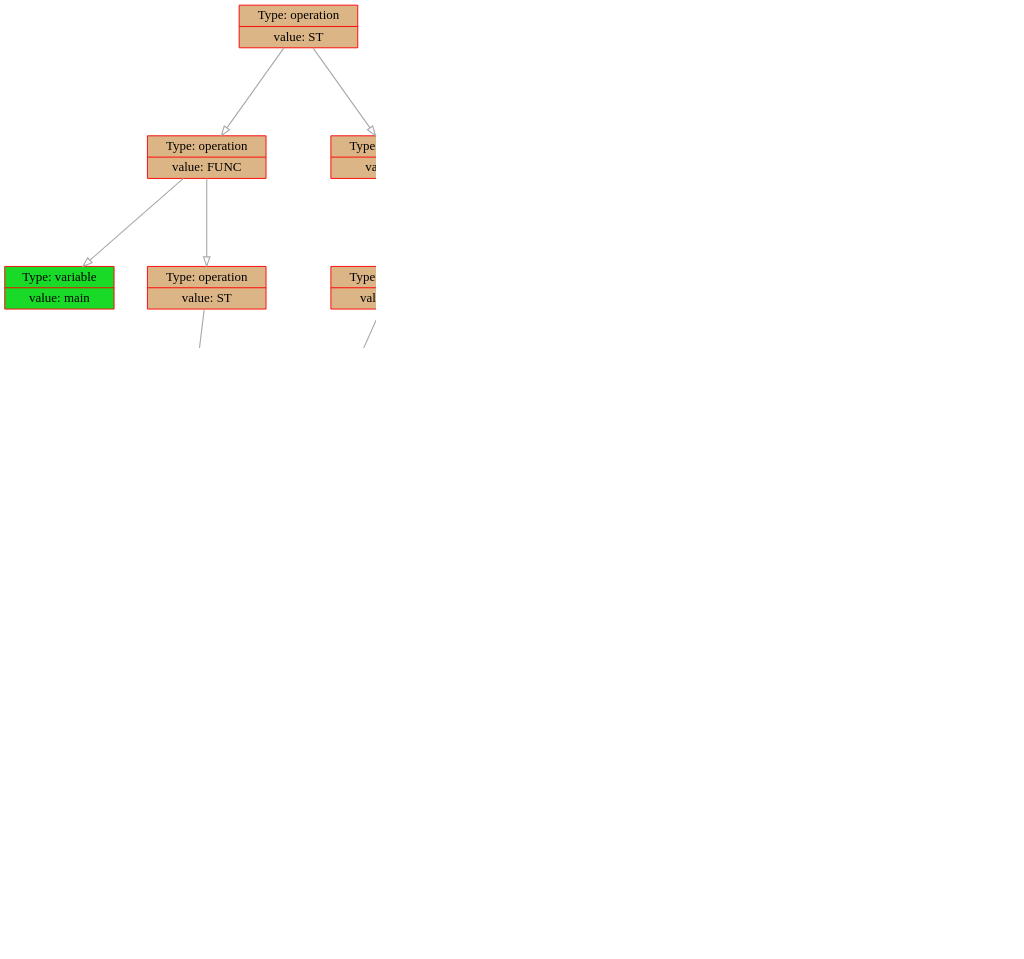
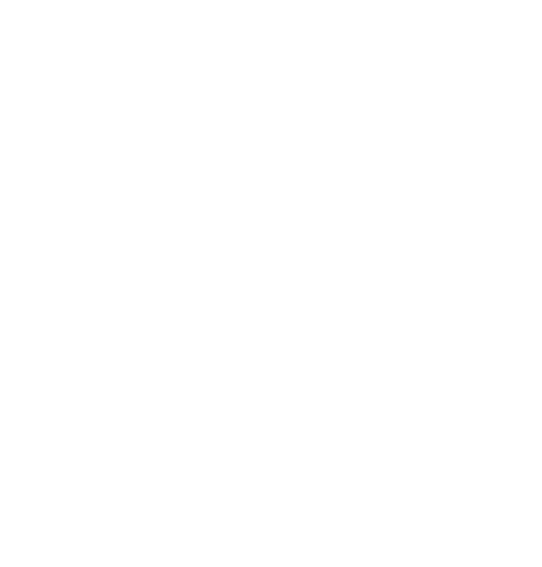
The diagram in frontend/data/graph.dot (dodokek/ProgrammingLanguage), drawn with Graphviz before and after one commit. The commit also changed 9 other files, not shown here.

```diff
--- a/frontend/data/graph.dot
+++ b/frontend/data/graph.dot
@@ -1,79 +1,40 @@
 
     digraph g {
         dpi      = 200;
         fontname = "Comic Sans MS";
         fontsize = 20;
         rankdir   =  TB;
         edge [color = darkgrey, arrowhead = onormal, arrowsize = 1, penwidth = 1.2]
         graph[fillcolor = lightgreen, ranksep = 1.3, nodesep = 0.5,
         style = "rounded, filled",color = green, penwidth = 2]
 
-    Node000002667b0a8450[shape=record, width=0.2, style="filled", color="red", fillcolor="#DBB585",label=" {Type: operation | value: ST}"] 
+    Node000002822eff7900[shape=record, width=0.2, style="filled", color="red", fillcolor="#DBB585",label=" {Type: operation | value: ST}"] 
  
-Node000002667b0a7640[shape=record, width=0.2, style="filled", color="red", fillcolor="#DBB585",label=" {Type: operation | value: FUNC}"] 
+Node000002822eff78d0[shape=record, width=0.2, style="filled", color="red", fillcolor="#DBB585",label=" {Type: operation | value: IF}"] 
  
-Node000002667b0a75b0[shape=record, width=0.2, style="filled", color="red", fillcolor="#19DB27",label=" {Type: variable | value: main}"] 
+Node000002822eff77b0[shape=record, width=0.2, style="filled", color="red", fillcolor="#DBB585",label=" {Type: operation | value: IS_EE}"] 
  
-Node000002667b0a7610[shape=record, width=0.2, style="filled", color="red", fillcolor="#DBB585",label=" {Type: operation | value: ST}"] 
+Node000002822eff75b0[shape=record, width=0.2, style="filled", color="red", fillcolor="#DB8E21",label=" {Type: number | value: 2}"] 
  
-Node000002667b0a75e0[shape=record, width=0.2, style="filled", color="red", fillcolor="#DB8E21",label=" {Type: number | value: 2}"] 
+Node000002822eff75e0[shape=record, width=0.2, style="filled", color="red", fillcolor="#DB8E21",label=" {Type: number | value: 2}"] 
  
-Node000002667b0a83f0[shape=record, width=0.2, style="filled", color="red", fillcolor="#DBB585",label=" {Type: operation | value: ST}"] 
+Node000002822eff78a0[shape=record, width=0.2, style="filled", color="red", fillcolor="#DBB585",label=" {Type: operation | value: ELSE}"] 
  
-Node000002667b0a8070[shape=record, width=0.2, style="filled", color="red", fillcolor="#DBB585",label=" {Type: operation | value: VAR}"] 
+Node000002822eff7810[shape=record, width=0.2, style="filled", color="red", fillcolor="#DBB585",label=" {Type: operation | value: ST}"] 
  
-Node000002667b0a8010[shape=record, width=0.2, style="filled", color="red", fillcolor="#19DB27",label=" {Type: variable | value: Y}"] 
+Node000002822eff77e0[shape=record, width=0.2, style="filled", color="red", fillcolor="#DB8E21",label=" {Type: number | value: 2}"] 
  
-Node000002667b0a8040[shape=record, width=0.2, style="filled", color="red", fillcolor="#DB8E21",label=" {Type: number | value: 20}"] 
+Node000002822eff7870[shape=record, width=0.2, style="filled", color="red", fillcolor="#DBB585",label=" {Type: operation | value: ST}"] 
  
-Node000002667b0a83c0[shape=record, width=0.2, style="filled", color="red", fillcolor="#DBB585",label=" {Type: operation | value: ST}"] 
+Node000002822eff7840[shape=record, width=0.2, style="filled", color="red", fillcolor="#DB8E21",label=" {Type: number | value: 3}"] 
  
-Node000002667b0a8420[shape=record, width=0.2, style="filled", color="red", fillcolor="#DBB585",label=" {Type: operation | value: IF}"] 
- 
-Node000002667b0a8180[shape=record, width=0.2, style="filled", color="red", fillcolor="#DBB585",label=" {Type: operation | value: ADD}"] 
- 
-Node000002667b0a80a0[shape=record, width=0.2, style="filled", color="red", fillcolor="#DB8E21",label=" {Type: number | value: 2}"] 
- 
-Node000002667b0a8150[shape=record, width=0.2, style="filled", color="red", fillcolor="#DB8E21",label=" {Type: number | value: 2}"] 
- 
-Node000002667b0a8120[shape=record, width=0.2, style="filled", color="red", fillcolor="#DBB585",label=" {Type: operation | value: ELSE}"] 
- 
-Node000002667b0a8360[shape=record, width=0.2, style="filled", color="red", fillcolor="#DBB585",label=" {Type: operation | value: ST}"] 
- 
-Node000002667b0a8390[shape=record, width=0.2, style="filled", color="red", fillcolor="#DBB585",label=" {Type: operation | value: VAR}"] 
- 
-Node000002667b0a8480[shape=record, width=0.2, style="filled", color="red", fillcolor="#19DB27",label=" {Type: variable | value: Y}"] 
- 
-Node000002667b0a81b0[shape=record, width=0.2, style="filled", color="red", fillcolor="#DB8E21",label=" {Type: number | value: 2}"] 
- 
-Node000002667b0a8210[shape=record, width=0.2, style="filled", color="red", fillcolor="#DBB585",label=" {Type: operation | value: ST}"] 
- 
-Node000002667b0a8330[shape=record, width=0.2, style="filled", color="red", fillcolor="#DBB585",label=" {Type: operation | value: VAR}"] 
- 
-Node000002667b0a81e0[shape=record, width=0.2, style="filled", color="red", fillcolor="#19DB27",label=" {Type: variable | value: Y}"] 
- 
-Node000002667b0a8240[shape=record, width=0.2, style="filled", color="red", fillcolor="#DB8E21",label=" {Type: number | value: 2}"] 
- 
-Node000002667b0a8450->Node000002667b0a7640
-Node000002667b0a7640->Node000002667b0a75b0
-Node000002667b0a7640->Node000002667b0a7610
-Node000002667b0a7610->Node000002667b0a75e0
-Node000002667b0a8450->Node000002667b0a83f0
-Node000002667b0a83f0->Node000002667b0a8070
-Node000002667b0a8070->Node000002667b0a8010
-Node000002667b0a8070->Node000002667b0a8040
-Node000002667b0a83f0->Node000002667b0a83c0
-Node000002667b0a83c0->Node000002667b0a8420
-Node000002667b0a8420->Node000002667b0a8180
-Node000002667b0a8180->Node000002667b0a80a0
-Node000002667b0a8180->Node000002667b0a8150
-Node000002667b0a8420->Node000002667b0a8120
-Node000002667b0a8120->Node000002667b0a8360
-Node000002667b0a8360->Node000002667b0a8390
-Node000002667b0a8390->Node000002667b0a8480
-Node000002667b0a8390->Node000002667b0a81b0
-Node000002667b0a8120->Node000002667b0a8210
-Node000002667b0a8210->Node000002667b0a8330
-Node000002667b0a8330->Node000002667b0a81e0
-Node000002667b0a8330->Node000002667b0a8240
+Node000002822eff7900->Node000002822eff78d0
+Node000002822eff78d0->Node000002822eff77b0
+Node000002822eff77b0->Node000002822eff75b0
+Node000002822eff77b0->Node000002822eff75e0
+Node000002822eff78d0->Node000002822eff78a0
+Node000002822eff78a0->Node000002822eff7810
+Node000002822eff7810->Node000002822eff77e0
+Node000002822eff78a0->Node000002822eff7870
+Node000002822eff7870->Node000002822eff7840
 }
```
